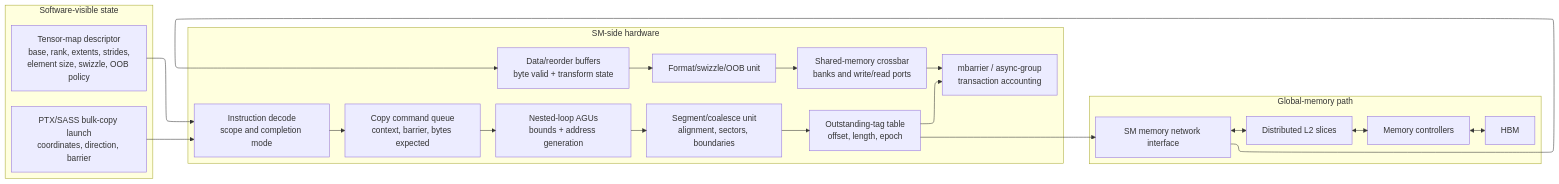
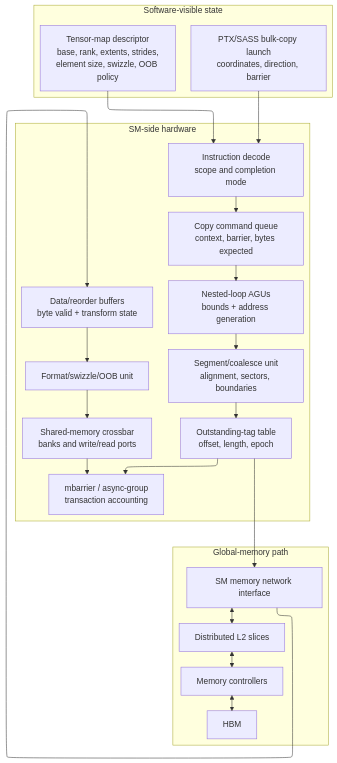
The fifth of 18 diagrams in L2_Digital_Design_for_AI/04_Digital_Design_For_AI.md (Wty2003328/ai_infra_intro), drawn with Mermaid before and after one commit. The commit also changed other lines of this file and 1 other file, not shown here.

Commit message:
Fix hardware figure rendering and readability

````diff
--- a/L2_Digital_Design_for_AI/04_Digital_Design_For_AI.md
+++ b/L2_Digital_Design_for_AI/04_Digital_Design_For_AI.md
@@ -325,31 +325,34 @@
 ```mermaid
 %%{init: {"flowchart": {"defaultRenderer": "elk", "nodeSpacing": 45, "rankSpacing": 45, "htmlLabels": false}}}%%
-flowchart LR
+flowchart TB
     subgraph SW["Software-visible state"]
+        direction TB
         TD["Tensor-map descriptor<br/>base, rank, extents, strides,<br/>element size, swizzle, OOB policy"]
         INS["PTX/SASS bulk-copy launch<br/>coordinates, direction, barrier"]
     end
     subgraph SM["SM-side hardware"]
+        direction TB
         DEC["Instruction decode<br/>scope and completion mode"]
         CQ["Copy command queue<br/>context, barrier, bytes expected"]
         AGU["Nested-loop AGUs<br/>bounds + address generation"]
         SPL["Segment/coalesce unit<br/>alignment, sectors, boundaries"]
         OT["Outstanding-tag table<br/>offset, length, epoch"]
         DB["Data/reorder buffers<br/>byte valid + transform state"]
         SWZ["Format/swizzle/OOB unit"]
         SP["Shared-memory crossbar<br/>banks and write/read ports"]
         MB["mbarrier / async-group<br/>transaction accounting"]
     end
     subgraph MEM["Global-memory path"]
+        direction TB
         NI["SM memory network interface"]
         L2["Distributed L2 slices"]
         MC["Memory controllers"]
         HBM["HBM"]
     end
     TD --> DEC
     INS --> DEC --> CQ --> AGU --> SPL --> OT --> NI
     NI <--> L2 <--> MC <--> HBM
     NI --> DB --> SWZ --> SP
     OT --> MB
     SP --> MB
 ```
````
